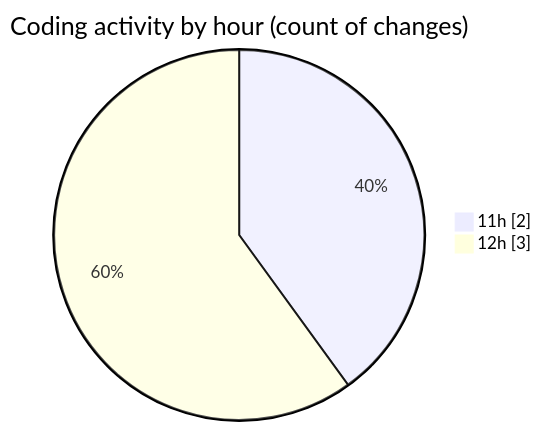
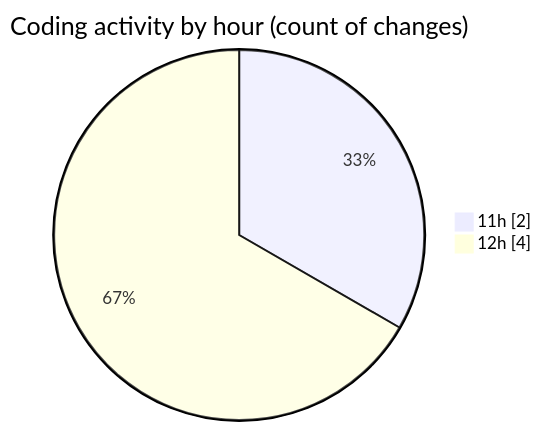
One commit to nxtqubesakshisongat/code-tracking changed the second of 2 diagrams in 2026-01-30/nxtqube_webapp/README.md. Above: the diagram before and after it, drawn with Mermaid. The commit also changed other lines of this file and 1 other file, not shown here.

````diff
--- a/2026-01-30/nxtqube_webapp/README.md
+++ b/2026-01-30/nxtqube_webapp/README.md
@@ -29,6 +30,6 @@
 ```mermaid
 pie showData
 title Coding activity by hour (count of changes)
 "11h" : 2
-"12h" : 3
+"12h" : 4
 ```
````
